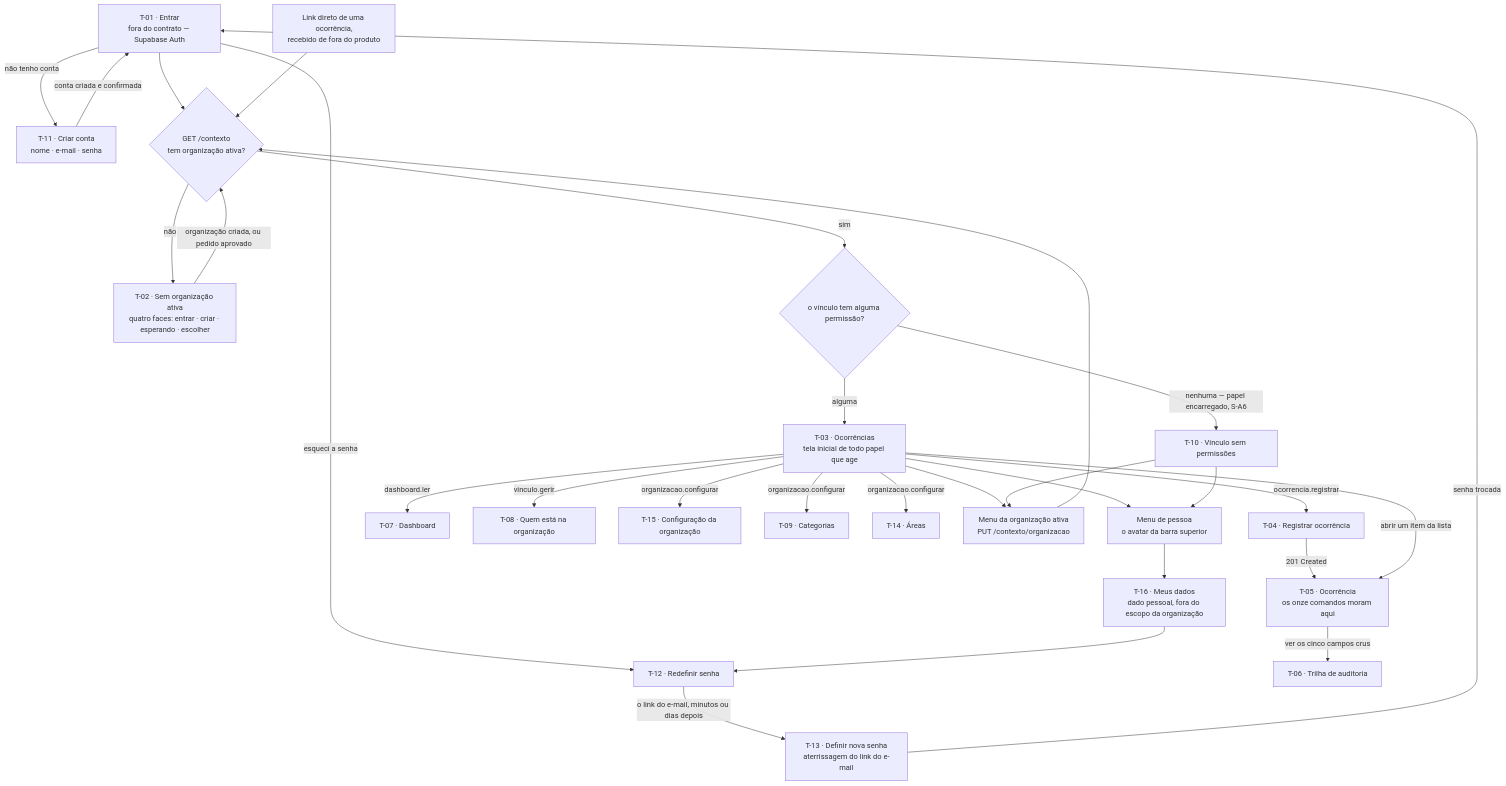
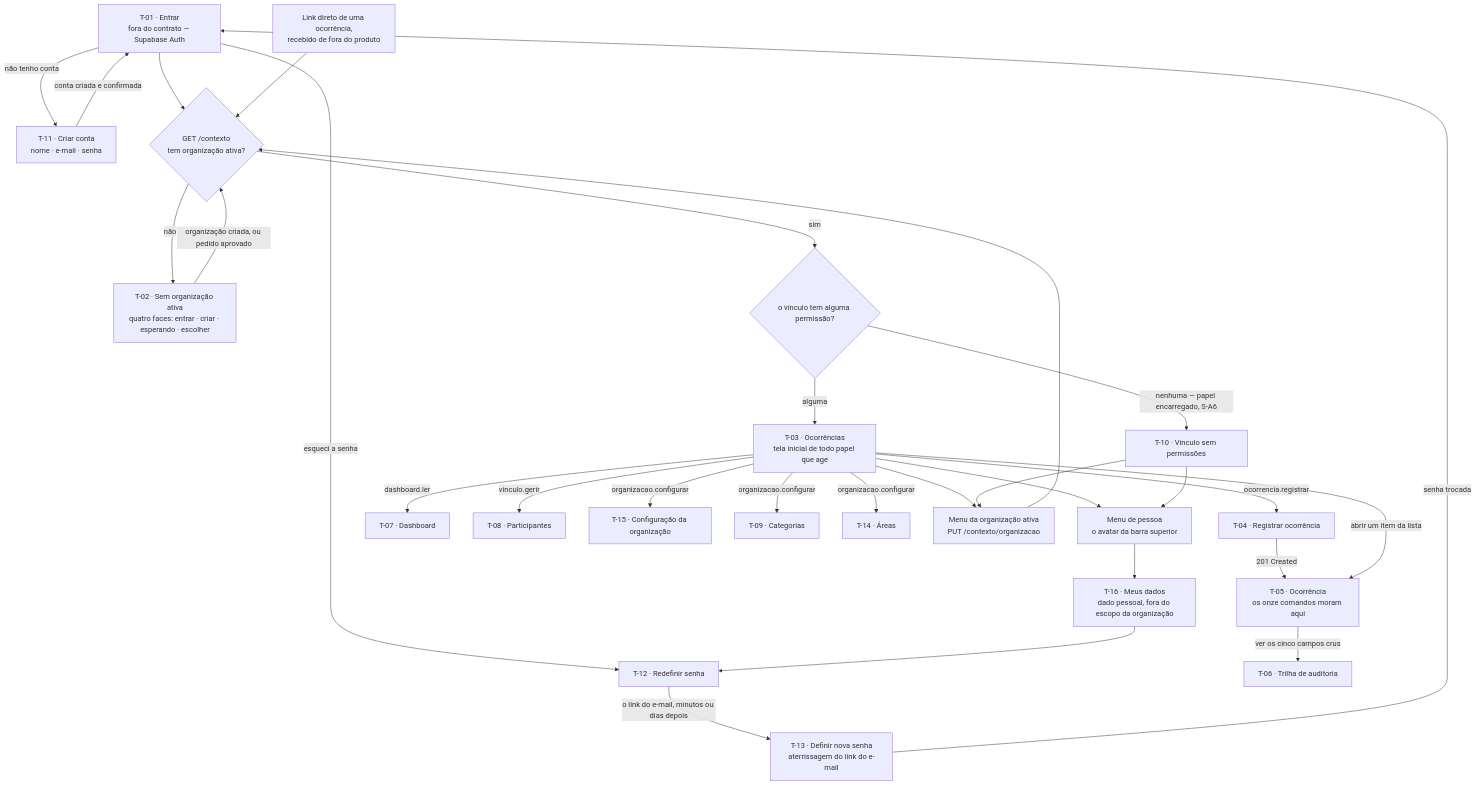
The diagram in docs/inventario-de-telas.md (natanjunior/8FSDT-Hackathon), drawn with Mermaid before and after one commit. The commit also changed other lines of this file and 1 other file, not shown here.

Commit message:
docs(44j): o inventario descreve T-08 como Participantes, numa tabela so, com responder em modal

````diff
--- a/docs/inventario-de-telas.md
+++ b/docs/inventario-de-telas.md
@@ -212,57 +209,57 @@
 ```mermaid
 flowchart TD
     T01["T-01 · Entrar<br/>fora do contrato — Supabase Auth"]
     T11["T-11 · Criar conta<br/>nome · e-mail · senha"]
     T12["T-12 · Redefinir senha"]
     T13["T-13 · Definir nova senha<br/>aterrissagem do link do e-mail"]
     LINK["Link direto de uma ocorrência,<br/>recebido de fora do produto"]
     CTX{"GET /contexto<br/>tem organização ativa?"}
     T02["T-02 · Sem organização ativa<br/>quatro faces: entrar · criar · esperando · escolher"]
     PERM{"o vínculo tem alguma permissão?"}
     T10["T-10 · Vínculo sem permissões"]
     T03["T-03 · Ocorrências<br/>tela inicial de todo papel que age"]
     T04["T-04 · Registrar ocorrência"]
     T05["T-05 · Ocorrência<br/>os onze comandos moram aqui"]
     T06["T-06 · Trilha de auditoria"]
     T07["T-07 · Dashboard"]
-    T08["T-08 · Quem está na organização"]
+    T08["T-08 · Participantes"]
     T15["T-15 · Configuração da organização"]
     T09["T-09 · Categorias"]
     T14["T-14 · Áreas"]
     T16["T-16 · Meus dados<br/>dado pessoal, fora do escopo da organização"]
     MENU["Menu da organização ativa<br/>PUT /contexto/organizacao"]
     MENU_PESSOA["Menu de pessoa<br/>o avatar da barra superior"]
 
     T01 -->|"não tenho conta"| T11
     T11 -->|"conta criada e confirmada"| T01
     T01 -->|"esqueci a senha"| T12
     T12 -->|"o link do e-mail, minutos ou dias depois"| T13
     T13 -->|"senha trocada"| T01
 
     T01 --> CTX
     LINK --> CTX
     CTX -->|"não"| T02
     T02 -->|"organização criada, ou pedido aprovado"| CTX
     CTX -->|"sim"| PERM
     PERM -->|"nenhuma — papel encarregado, S-A6"| T10
     PERM -->|"alguma"| T03
 
     T03 -->|"ocorrencia.registrar"| T04
     T04 -->|"201 Created"| T05
     T03 -->|"abrir um item da lista"| T05
     T05 -->|"ver os cinco campos crus"| T06
     T03 -->|"dashboard.ler"| T07
     T03 -->|"vinculo.gerir"| T08
     T03 -->|"organizacao.configurar"| T15
     T03 -->|"organizacao.configurar"| T09
     T03 -->|"organizacao.configurar"| T14
 
     T03 --> MENU
     T10 --> MENU
     MENU --> CTX
 
     T03 --> MENU_PESSOA
     T10 --> MENU_PESSOA
     MENU_PESSOA --> T16
     T16 --> T12
 ```
````
